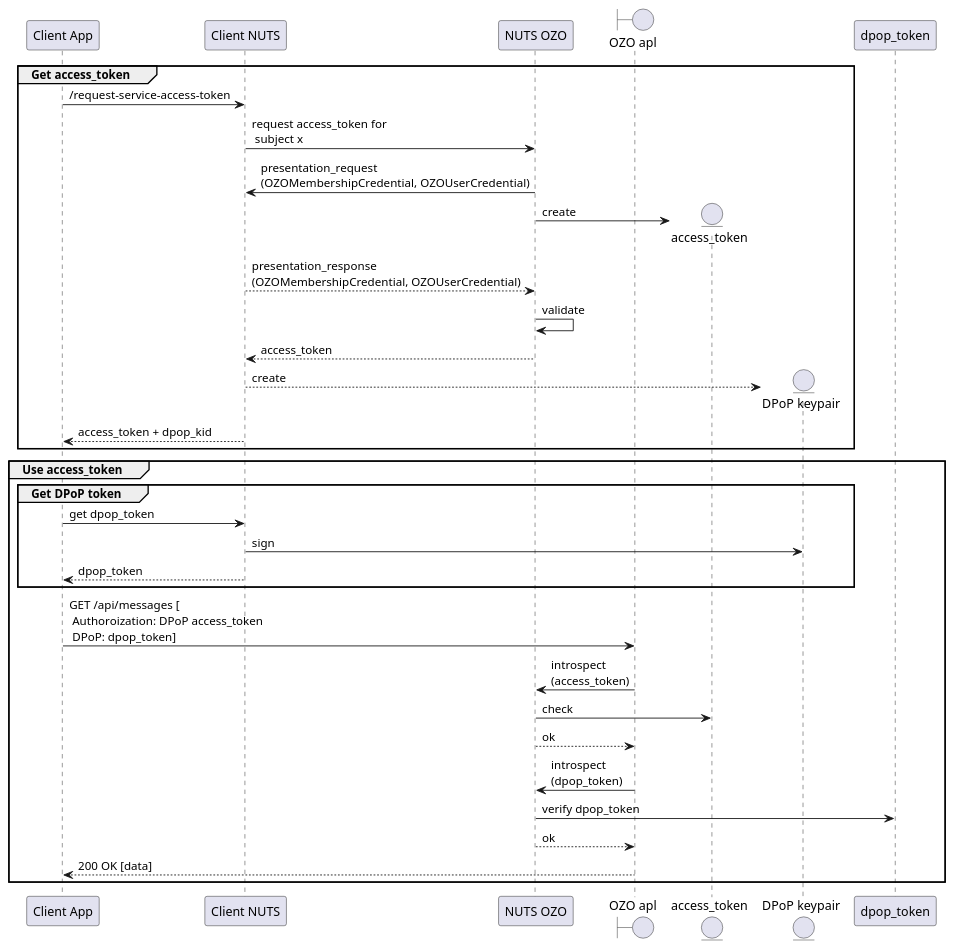
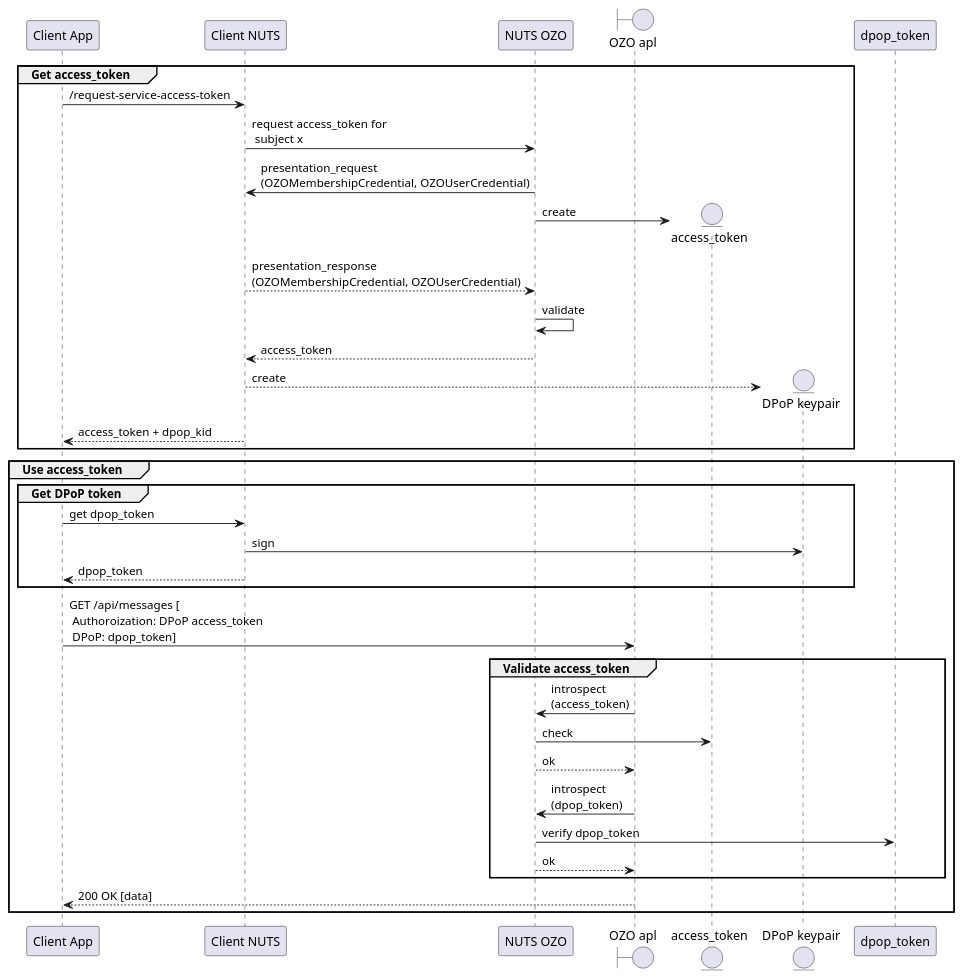
The diagram in input/images-source/nuts_access_token_dpop.plantuml (ozoverbindzorg/integrale-netwerk-communicatie), drawn with PlantUML before and after one commit.

Commit message:
Refactor token validation flow in PlantUML diagram.
Grouped the access token and DPoP token validation steps under a "Validate access_token" block for improved clarity and organization. This change enhances readability and better reflects the logical structure of the process.

```diff
--- a/input/images-source/nuts_access_token_dpop.plantuml
+++ b/input/images-source/nuts_access_token_dpop.plantuml
@@ -1,39 +1,41 @@
 @startuml
 participant "Client App" as client_app
 participant "Client NUTS" as client_nuts
 
 participant "NUTS OZO" as nuts_ozo
 boundary "OZO apl" as ozo_api
 entity "access_token" as access_token
 entity "DPoP keypair" as dpop_key
 
 group Get access_token
     client_app -> client_nuts: /request-service-access-token
     client_nuts -> nuts_ozo: request access_token for\n subject x
     nuts_ozo -> client_nuts: presentation_request \n(OZOMembershipCredential, OZOUserCredential)
     create access_token
     nuts_ozo -> access_token: create
     client_nuts --> nuts_ozo: presentation_response \n(OZOMembershipCredential, OZOUserCredential)
     nuts_ozo -> nuts_ozo: validate
     nuts_ozo --> client_nuts: access_token
     create dpop_key
     client_nuts --> dpop_key: create
     client_nuts --> client_app: access_token + dpop_kid
 end
 group Use access_token
     group Get DPoP token
         client_app -> client_nuts: get dpop_token
         client_nuts -> dpop_key: sign
         client_nuts --> client_app: dpop_token
     end
     client_app -> ozo_api: GET /api/messages [\n Authoroization: DPoP access_token\n DPoP: dpop_token]
-    ozo_api -> nuts_ozo: introspect\n(access_token)
-    nuts_ozo -> access_token: check
-    nuts_ozo --> ozo_api: ok
-    ozo_api -> nuts_ozo: introspect\n(dpop_token)
-    nuts_ozo -> dpop_token: verify dpop_token
-    nuts_ozo --> ozo_api: ok
+    group Validate access_token
+        ozo_api -> nuts_ozo: introspect\n(access_token)
+        nuts_ozo -> access_token: check
+        nuts_ozo --> ozo_api: ok
+        ozo_api -> nuts_ozo: introspect\n(dpop_token)
+        nuts_ozo -> dpop_token: verify dpop_token
+        nuts_ozo --> ozo_api: ok
+    end
     ozo_api --> client_app: 200 OK [data]
 end
 
 @enduml
```
